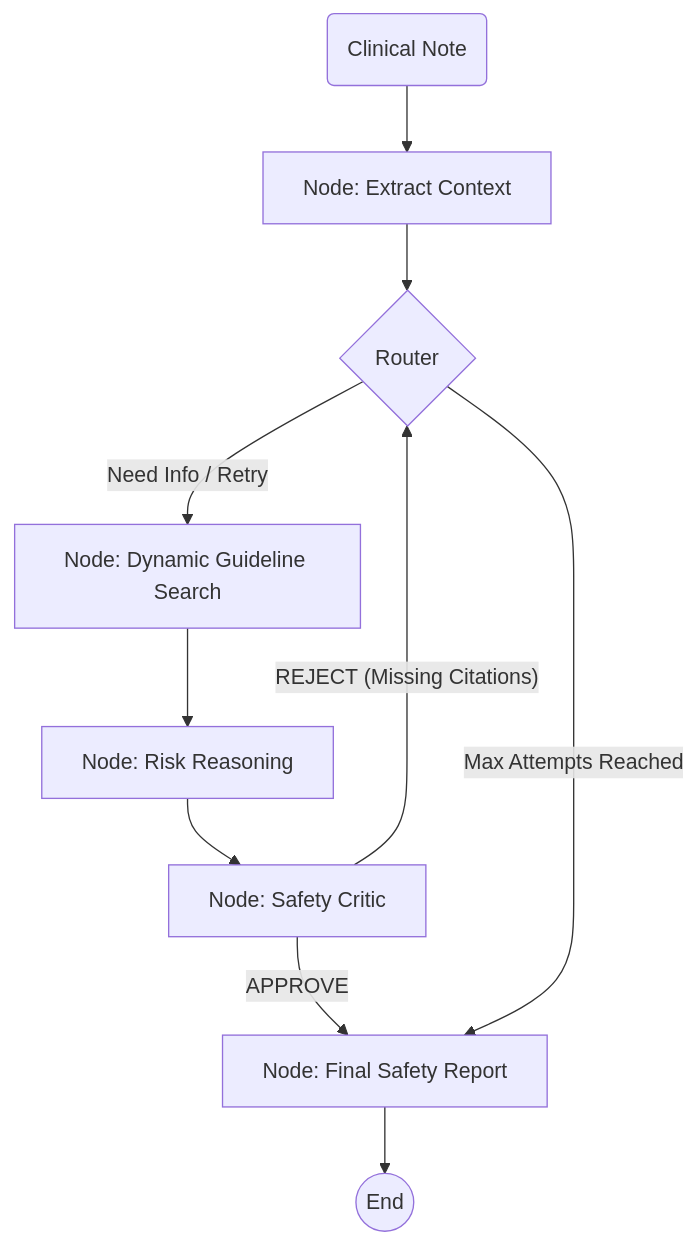
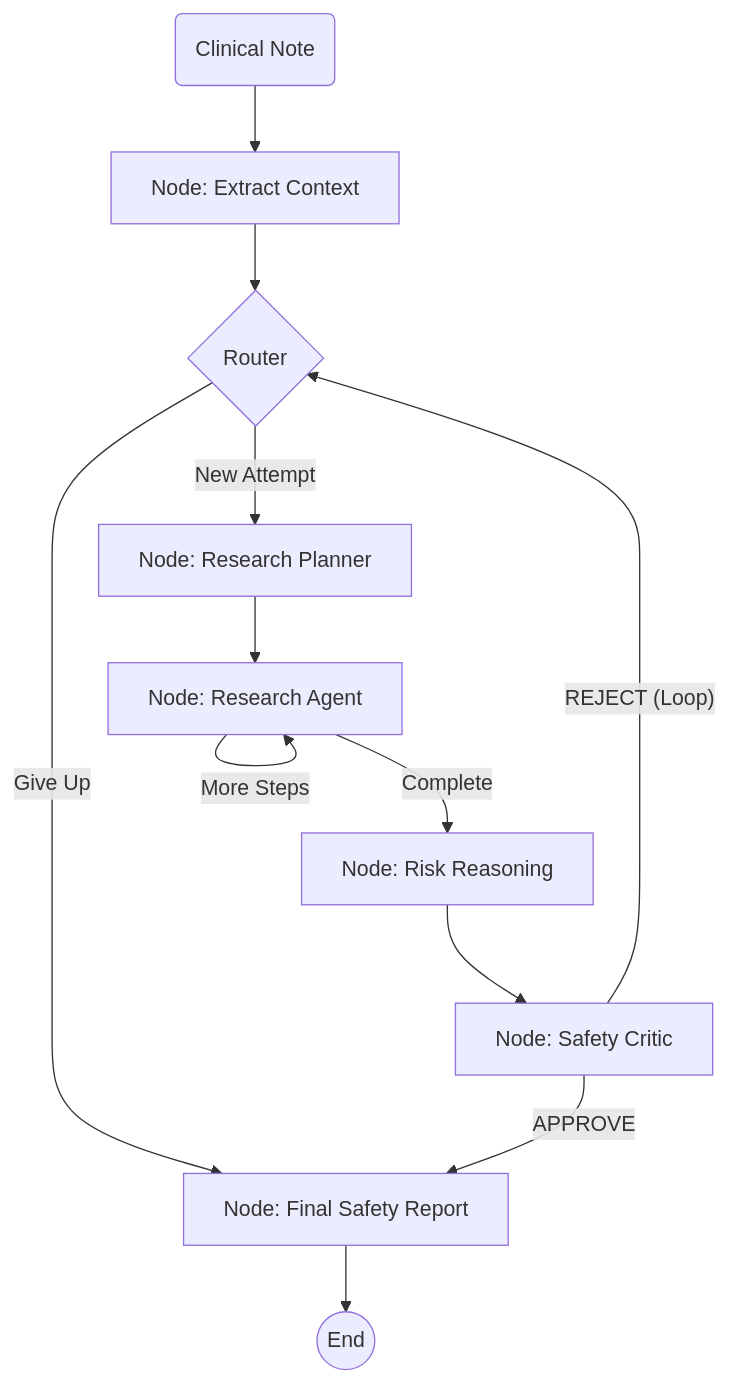
Before and after one commit to CodeNeuron58/RxGuard: the diagram in README.md, drawn with Mermaid. The commit also changed other lines of this file and 2 other files, not shown here.

Commit message:
feat: Introduce Streamlit application with live thought tracing and update README to reflect v3.0.0 architecture and features.

````diff
--- a/README.md
+++ b/README.md
@@ -25,15 +26,20 @@
 ```mermaid
 graph TD
     Start(Clinical Note) --> Extract[Node: Extract Context]
     Extract --> Router{Router}
     
-    Router -- "Need Info / Retry" --> Retrieve[Node: Dynamic Guideline Search]
-    Retrieve --> Reason[Node: Risk Reasoning]
+    Router -- "New Attempt" --> Planner[Node: Research Planner]
+    Router -- "Give Up" --> Report[Node: Final Safety Report]
+    
+    Planner --> Retrieve[Node: Research Agent]
+    
+    Retrieve -- "More Steps" --> Retrieve
+    Retrieve -- "Complete" --> Reason[Node: Risk Reasoning]
+    
     Reason --> Critic[Node: Safety Critic]
     
-    Critic -- "REJECT (Missing Citations)" --> Router
-    Critic -- "APPROVE" --> Report[Node: Final Safety Report]
+    Critic -- "REJECT (Loop)" --> Router
+    Critic -- "APPROVE" --> Report
     
-    Router -- "Max Attempts Reached" --> Report
     Report --> End((End))
 ```
````
